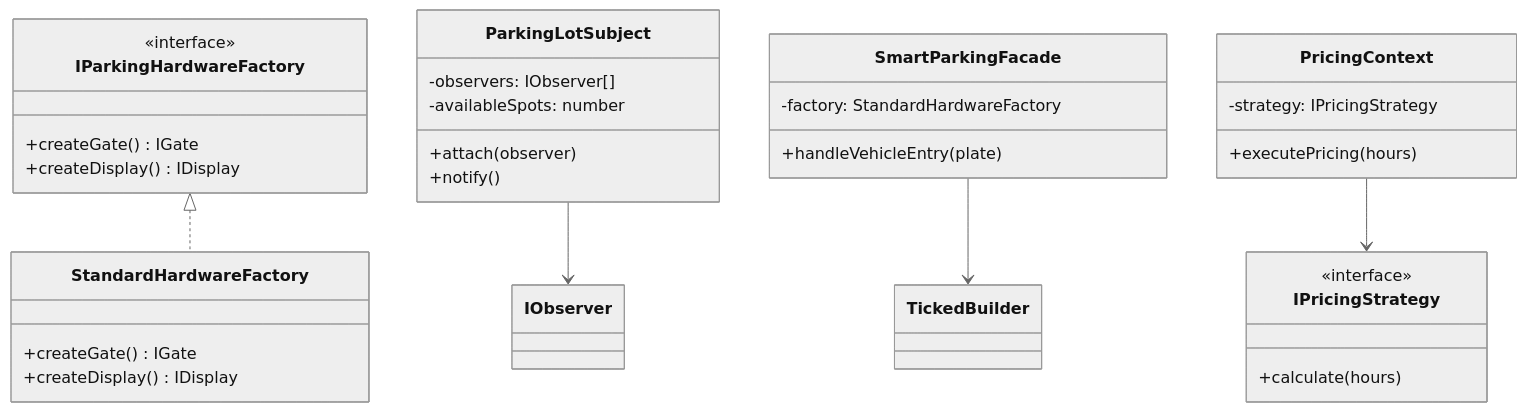
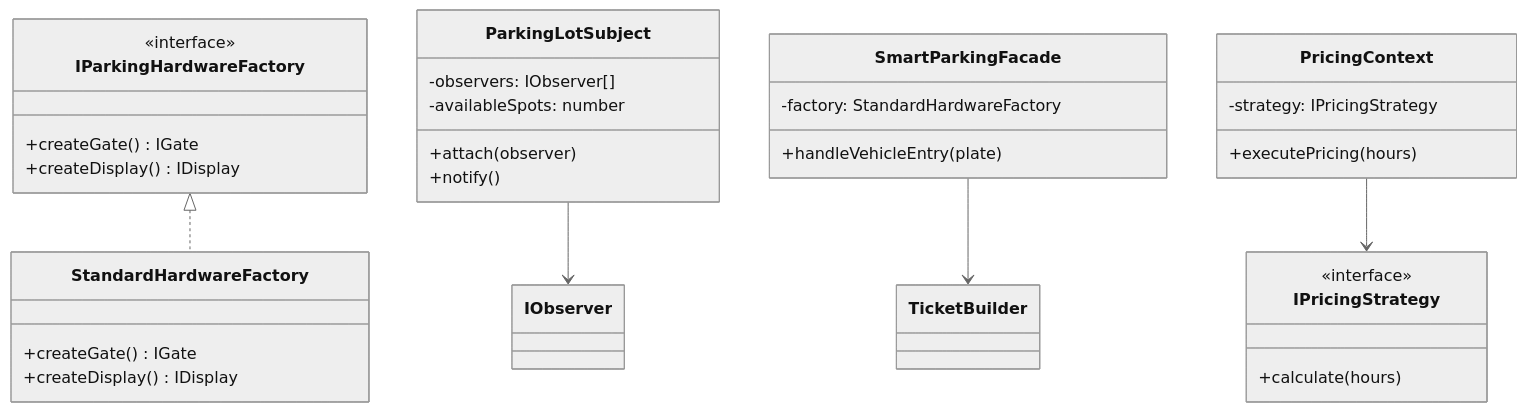
The diagram in README.md (nirwanadoteth/parksim), drawn with Mermaid (neutral theme) before and after one commit. The commit also changed other lines of this file and 19 other files, not shown here.

Commit message:
Review and clean up design patterns implementation, add outputs for all patterns, create class diagrams

````diff
--- a/README.md
+++ b/README.md
@@ -40,38 +42,38 @@
 ```mermaid
 classDiagram
     class IParkingHardwareFactory {
         <<interface>>
         +createGate() IGate
         +createDisplay() IDisplay
     }
     class StandardHardwareFactory {
         +createGate() IGate
         +createDisplay() IDisplay
     }
     IParkingHardwareFactory <|.. StandardHardwareFactory
 
     class ParkingLotSubject {
         -observers: IObserver[]
         -availableSpots: number
         +attach(observer)
         +notify()
     }
 
     class SmartParkingFacade {
         -factory: StandardHardwareFactory
         +handleVehicleEntry(plate)
     }
 
     class IPricingStrategy {
         <<interface>>
         +calculate(hours)
     }
     class PricingContext {
         -strategy: IPricingStrategy
         +executePricing(hours)
     }
 
-    SmartParkingFacade --> TickedBuilder
+    SmartParkingFacade --> TicketBuilder
     ParkingLotSubject --> IObserver
     PricingContext --> IPricingStrategy
 ```
````
